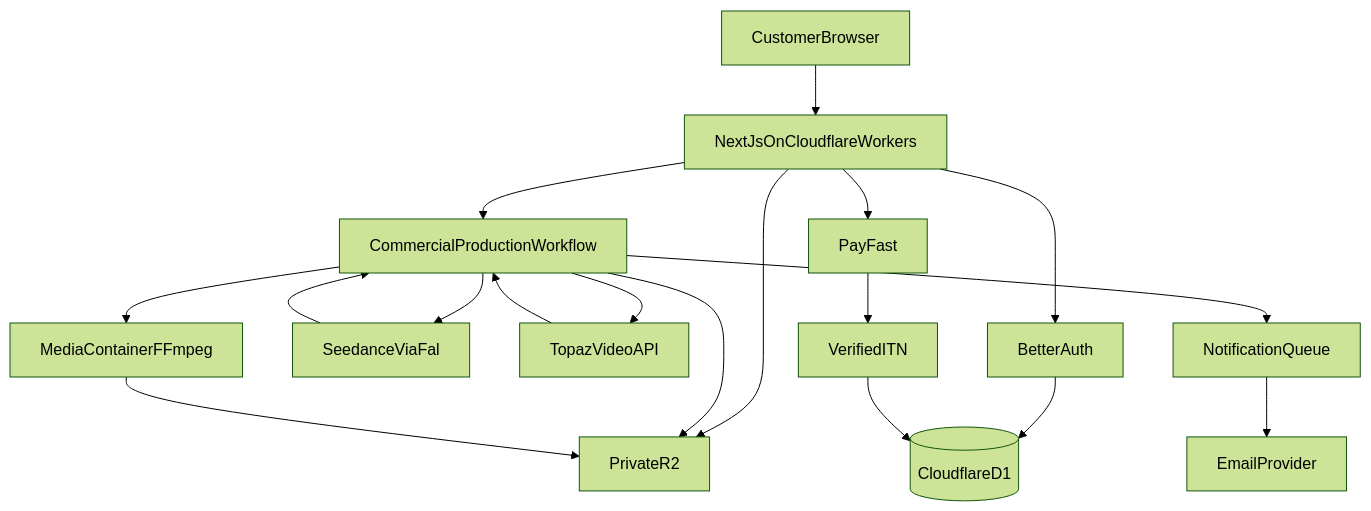
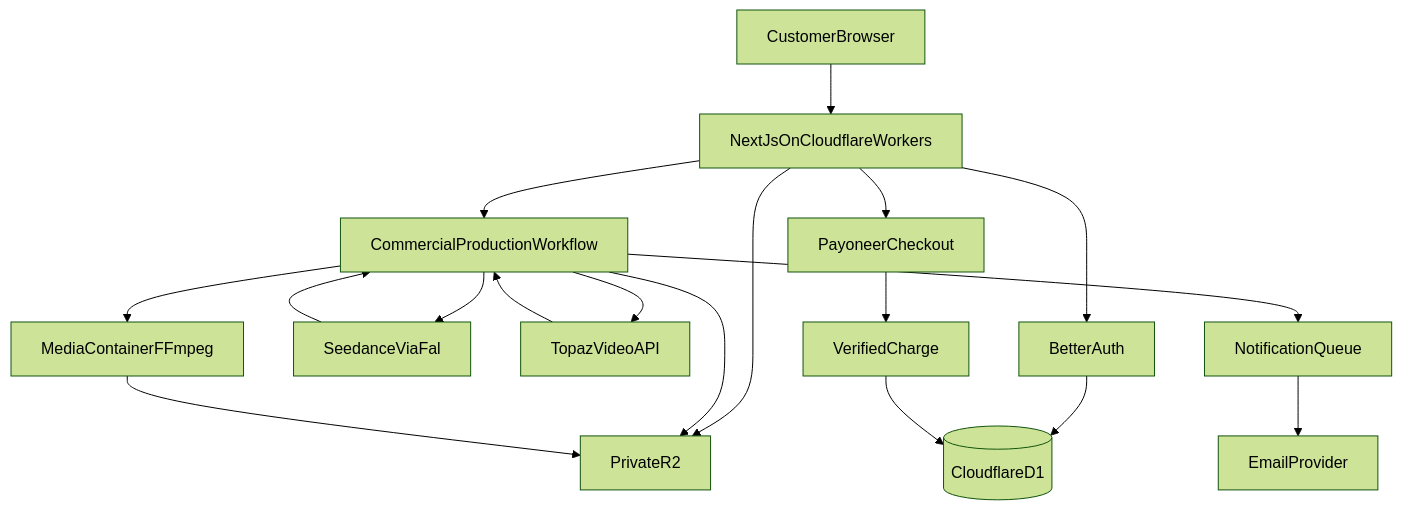
Before and after one commit to thewellmediahouse/Mybookyourbook: the diagram in docs/CINEYOU_ARCHITECTURE.md, drawn with Mermaid (forest theme). The commit also changed other lines of this file and 96 other files, not shown here.

````diff
--- a/docs/CINEYOU_ARCHITECTURE.md
+++ b/docs/CINEYOU_ARCHITECTURE.md
@@ -32,20 +32,20 @@
 ```mermaid
 flowchart TD
     A[CustomerBrowser] --> B[NextJsOnCloudflareWorkers]
     B --> C[BetterAuth]
     C --> D[(CloudflareD1)]
     B --> E[PrivateR2]
     B --> F[CommercialProductionWorkflow]
     F --> G[SeedanceViaFal]
     G --> F
     F --> E
     F --> H[TopazVideoAPI]
     H --> F
     F --> I[MediaContainerFFmpeg]
     I --> E
     F --> J[NotificationQueue]
     J --> K[EmailProvider]
-    B --> L[PayFast]
-    L --> M[VerifiedITN]
+    B --> L[PayoneerCheckout]
+    L --> M[VerifiedCharge]
     M --> D
 ```
````
